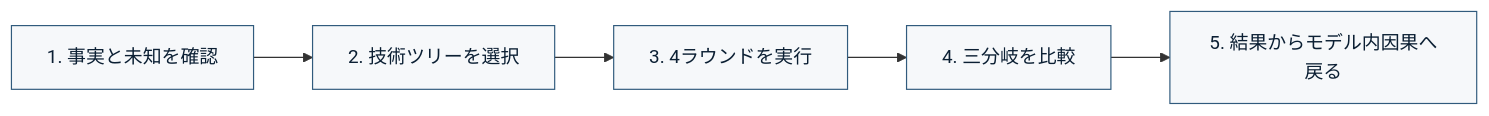
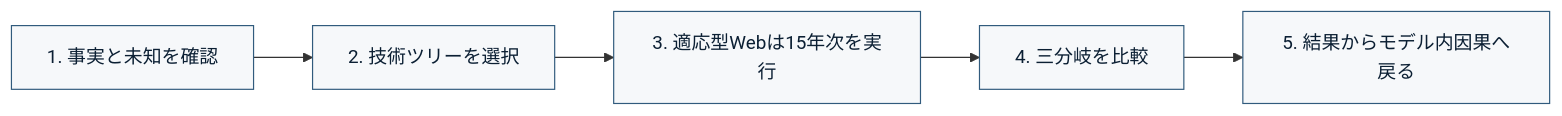
One commit to nexus-ai-2045/space-civilization-choice changed the second of 2 diagrams in README.md. Above: the diagram before and after it, drawn with Mermaid. The commit also changed other lines of this file and 10 other files, not shown here.

````diff
--- a/README.md
+++ b/README.md
@@ -93,10 +94,10 @@
 ```mermaid
 flowchart LR
   P1["1. 事実と未知を確認"] --> P2["2. 技術ツリーを選択"]
-  P2 --> P3["3. 4ラウンドを実行"]
+  P2 --> P3["3. 適応型Webは15年次を実行"]
   P3 --> P4["4. 三分岐を比較"]
   P4 --> P5["5. 結果からモデル内因果へ戻る"]
 
   classDef step fill:#f6f8fa,stroke:#315b7d,color:#0b1f33;
   class P1,P2,P3,P4,P5 step;
 ```
````
